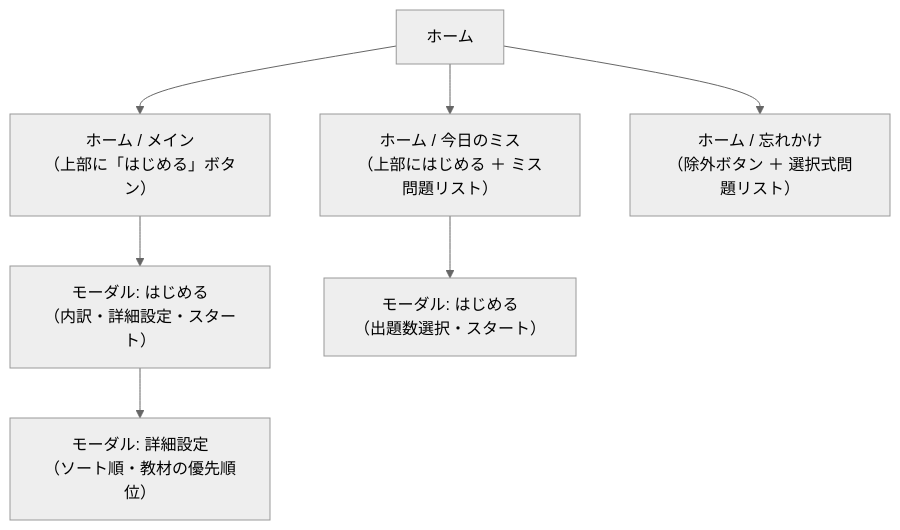
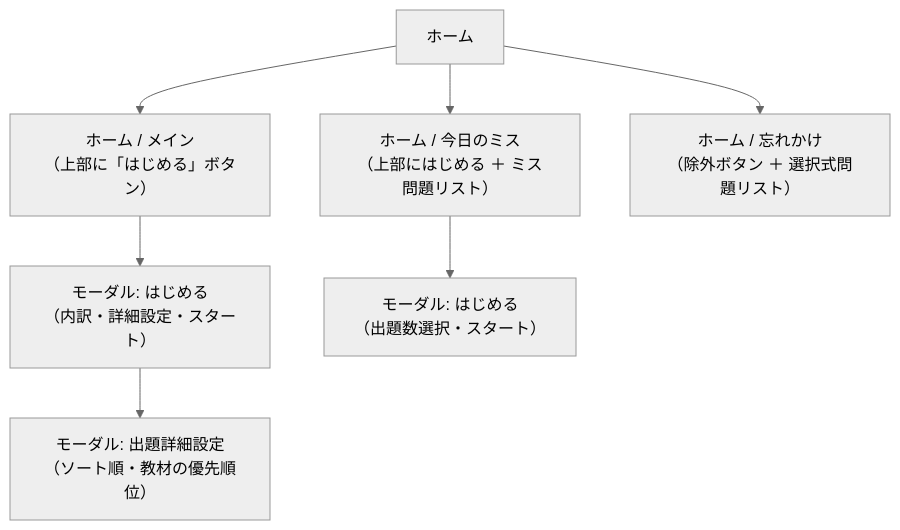
One commit to 01Taka/kioku changed the second of 3 diagrams in docs/UI.md. Above: the diagram before and after it, drawn with Mermaid (neutral theme). The commit also changed other lines of this file and 1 other file, not shown here.

````diff
--- a/docs/UI.md
+++ b/docs/UI.md
@@ -65,15 +73,15 @@
 ```mermaid
 graph TD
   Home["ホーム"]
   Main["ホーム / メイン<br>（上部に「はじめる」ボタン）"]
   Mistakes["ホーム / 今日のミス<br>（上部にはじめる ＋ ミス問題リスト）"]
   Forgotten["ホーム / 忘れかけ<br>（除外ボタン ＋ 選択式問題リスト）"]
 
   Home --> Main
   Home --> Mistakes
   Home --> Forgotten
 
   Main --> ModalMain["モーダル: はじめる<br>（内訳・詳細設定・スタート）"]
-  ModalMain --> ModalSettings["モーダル: 詳細設定<br>（ソート順・教材の優先順位）"]
+  ModalMain --> ModalSettings["モーダル: 出題詳細設定<br>（ソート順・教材の優先順位）"]
   Mistakes --> ModalMistakes["モーダル: はじめる<br>（出題数選択・スタート）"]
 ```
````
